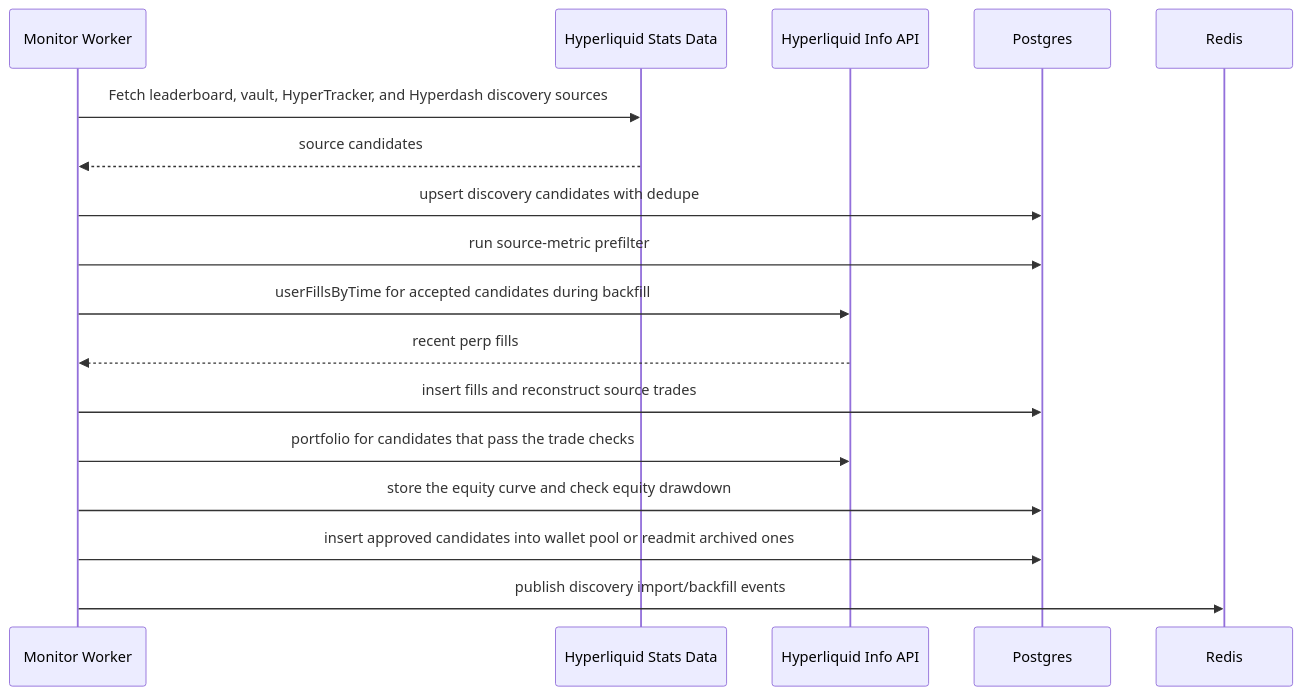
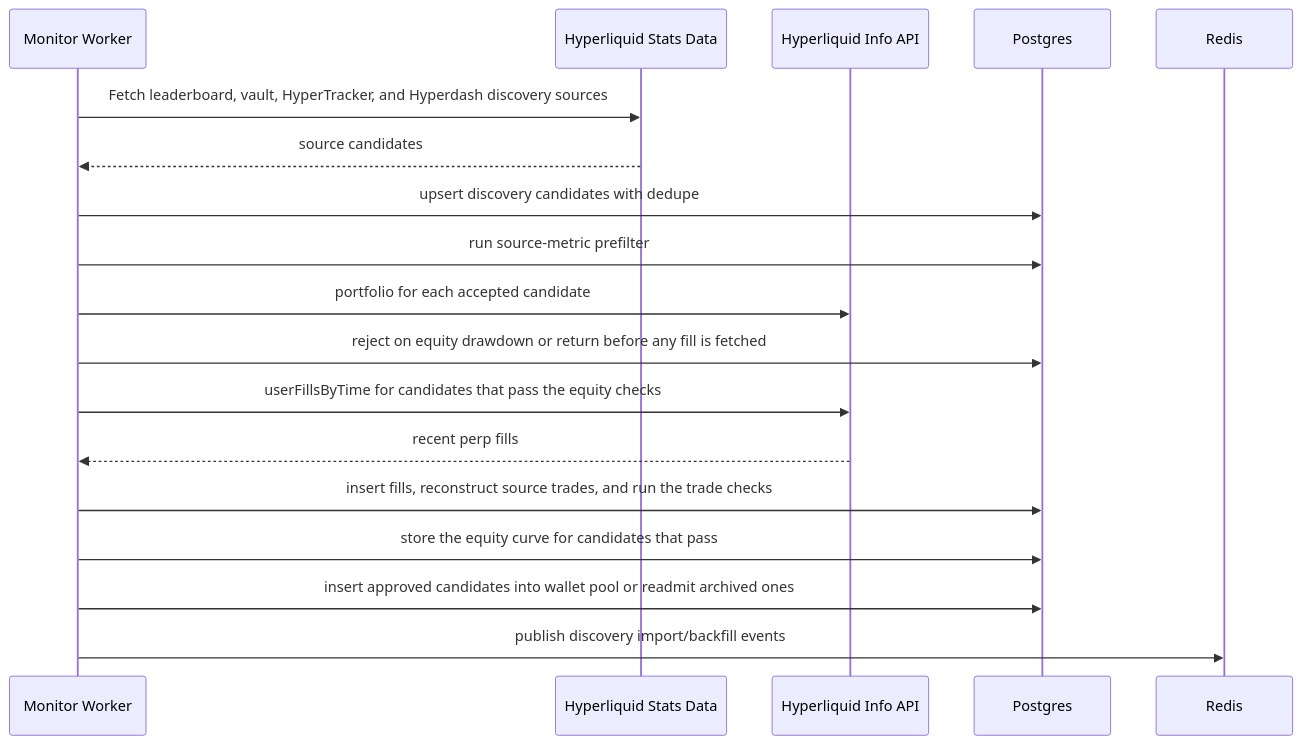
Before and after one commit to DrottPoker/copytrading-agent: the eighth of 10 diagrams in docs/architecture.md, drawn with Mermaid. The commit also changed 7 other files, not shown here.

First line of the commit message:
Check candidate equity before fetching fills in discovery

````diff
--- a/docs/architecture.md
+++ b/docs/architecture.md
@@ -926,20 +926,21 @@
 ```mermaid
 sequenceDiagram
   participant Worker as Monitor Worker
   participant Stats as Hyperliquid Stats Data
   participant HL as Hyperliquid Info API
   participant DB as Postgres
   participant Redis as Redis
 
   Worker->>Stats: Fetch leaderboard, vault, HyperTracker, and Hyperdash discovery sources
   Stats-->>Worker: source candidates
   Worker->>DB: upsert discovery candidates with dedupe
   Worker->>DB: run source-metric prefilter
-  Worker->>HL: userFillsByTime for accepted candidates during backfill
+  Worker->>HL: portfolio for each accepted candidate
+  Worker->>DB: reject on equity drawdown or return before any fill is fetched
+  Worker->>HL: userFillsByTime for candidates that pass the equity checks
   HL-->>Worker: recent perp fills
-  Worker->>DB: insert fills and reconstruct source trades
-  Worker->>HL: portfolio for candidates that pass the trade checks
-  Worker->>DB: store the equity curve and check equity drawdown
+  Worker->>DB: insert fills, reconstruct source trades, and run the trade checks
+  Worker->>DB: store the equity curve for candidates that pass
   Worker->>DB: insert approved candidates into wallet pool or readmit archived ones
   Worker->>Redis: publish discovery import/backfill events
 ```
````
